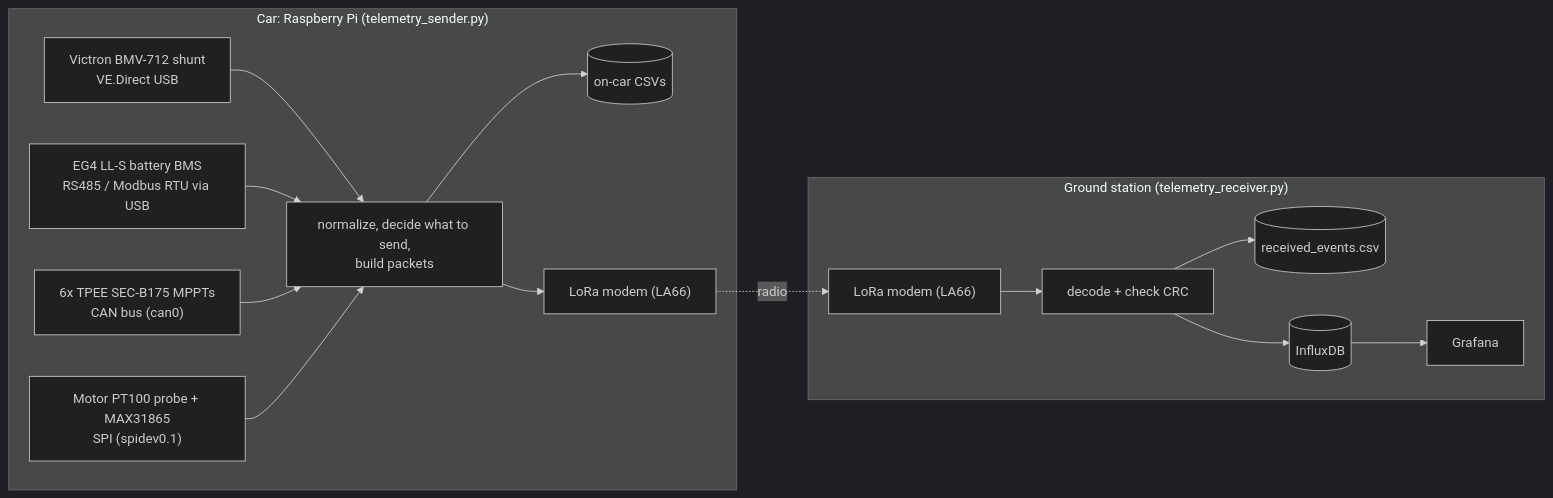
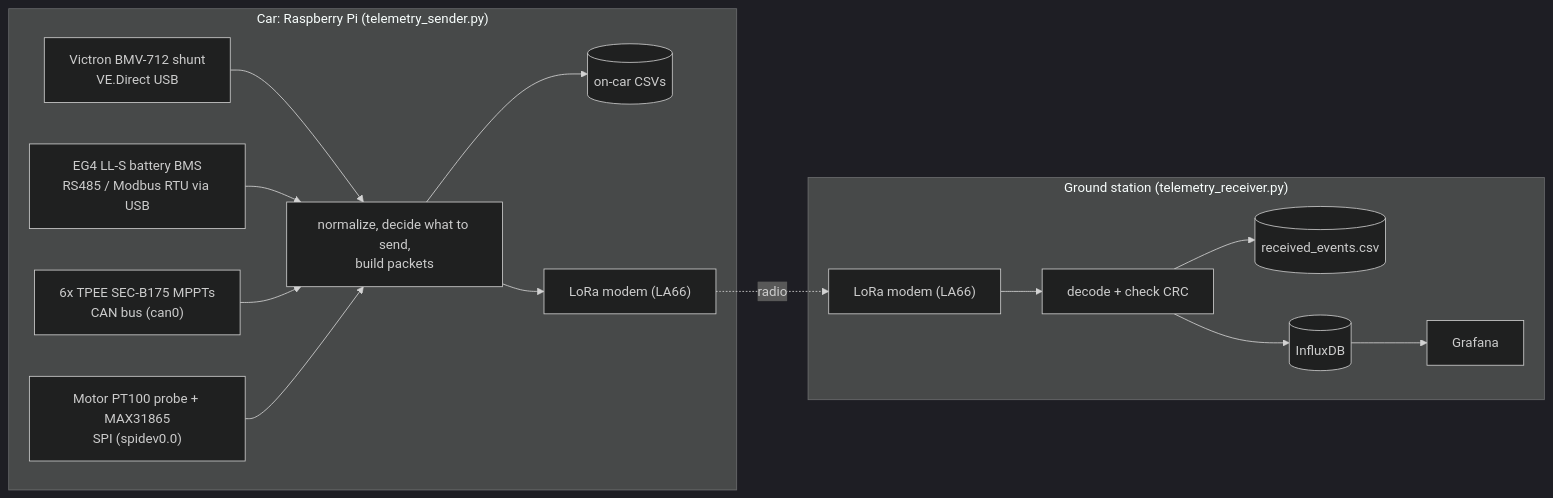
The diagram in README.md (planogreenteam/telemetry_2026), drawn with Mermaid (dark theme) before and after one commit. The commit also changed other lines of this file and 2 other files, not shown here.

First line of the commit message:
Drop CAN from --device all and move the RTD to CE0

````diff
--- a/README.md
+++ b/README.md
@@ -7,17 +7,17 @@
 ```mermaid
 flowchart LR
     subgraph Car["Car: Raspberry Pi (telemetry_sender.py)"]
         BMV["Victron BMV-712 shunt<br/>VE.Direct USB"] --> S
         BMS["EG4 LL-S battery BMS<br/>RS485 / Modbus RTU via USB"] --> S
         MPPT["6x TPEE SEC-B175 MPPTs<br/>CAN bus (can0)"] --> S
-        RTD["Motor PT100 probe + MAX31865<br/>SPI (spidev0.1)"] --> S
+        RTD["Motor PT100 probe + MAX31865<br/>SPI (spidev0.0)"] --> S
         S["normalize, decide what to send,<br/>build packets"] --> CSV1[("on-car CSVs")]
         S --> TX["LoRa modem (LA66)"]
     end
     TX -. radio .-> RX
     subgraph Ground["Ground station (telemetry_receiver.py)"]
         RX["LoRa modem (LA66)"] --> D["decode + check CRC"]
         D --> CSV2[("received_events.csv")]
         D --> INF[("InfluxDB")] --> G["Grafana"]
     end
 ```
````
